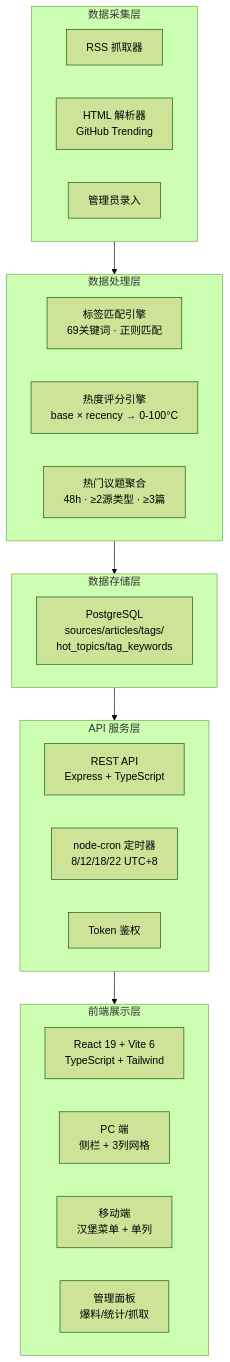
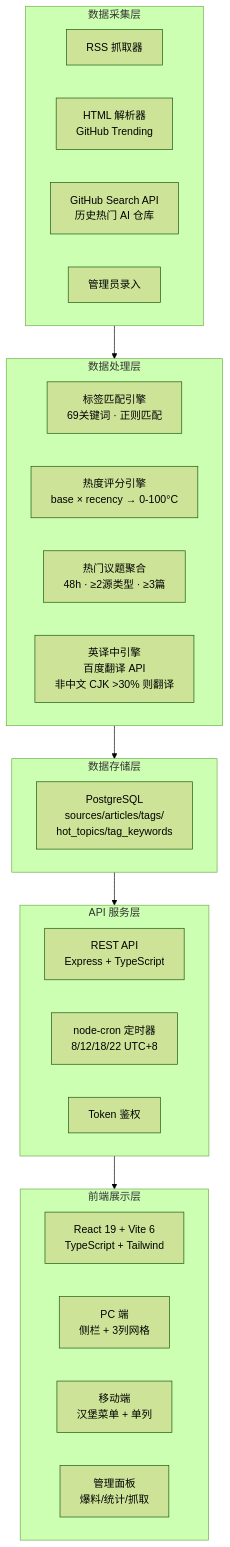
One commit to Miko-PM/singularity-radar changed the first of 3 diagrams in docs/PRD_V1.0_20260601.md. Above: the diagram before and after it, drawn with Mermaid (forest theme). The commit also changed other lines of this file and 1 other file, not shown here.

````diff
--- a/docs/PRD_V1.0_20260601.md
+++ b/docs/PRD_V1.0_20260601.md
@@ -109,34 +128,36 @@
 ```mermaid
 graph TB
-    subgraph 数据层["数据采集层"]
-        RSS[RSS 抓取器]
-        HTML[HTML 解析器<br/>GitHub Trending]
-        Admin[管理员录入]
-    end
-
     subgraph 处理层["数据处理层"]
         Tag[标签匹配引擎<br/>69关键词 · 正则匹配]
         Heat[热度评分引擎<br/>base × recency → 0-100°C]
         Topic[热门议题聚合<br/>48h · ≥2源类型 · ≥3篇]
+        TL[英译中引擎<br/>百度翻译 API<br/>非中文 CJK >30% 则翻译]
+    end
+
+    subgraph 数据层["数据采集层"]
+        RSS[RSS 抓取器]
+        HTML[HTML 解析器<br/>GitHub Trending]
+        GHS[GitHub Search API<br/>历史热门 AI 仓库]
+        Admin[管理员录入]
     end
 
     subgraph 存储层["数据存储层"]
         PG[PostgreSQL<br/>sources/articles/tags/<br/>hot_topics/tag_keywords]
     end
 
     subgraph API层["API 服务层"]
         REST[REST API<br/>Express + TypeScript]
         Schedule[node-cron 定时器<br/>8/12/18/22 UTC+8]
         Auth[Token 鉴权]
     end
 
     subgraph 展示层["前端展示层"]
         React[React 19 + Vite 6<br/>TypeScript + Tailwind]
         PC[PC 端<br/>侧栏 + 3列网格]
         Mobile[移动端<br/>汉堡菜单 + 单列]
         AdminPanel[管理面板<br/>爆料/统计/抓取]
     end
 
     数据层 --> 处理层 --> 存储层
     存储层 --> API层 --> 展示层
 ```
````
